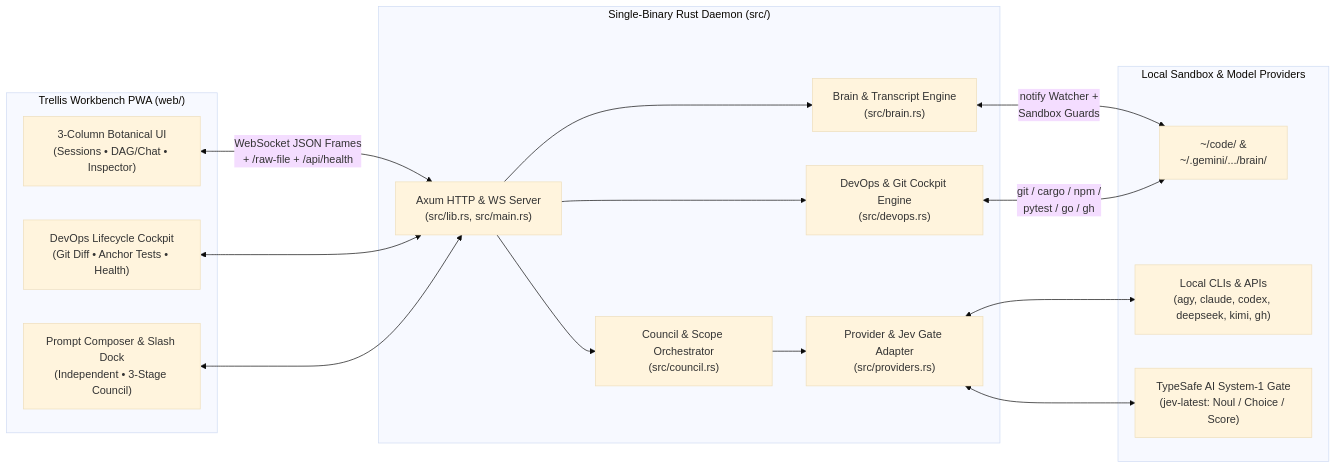
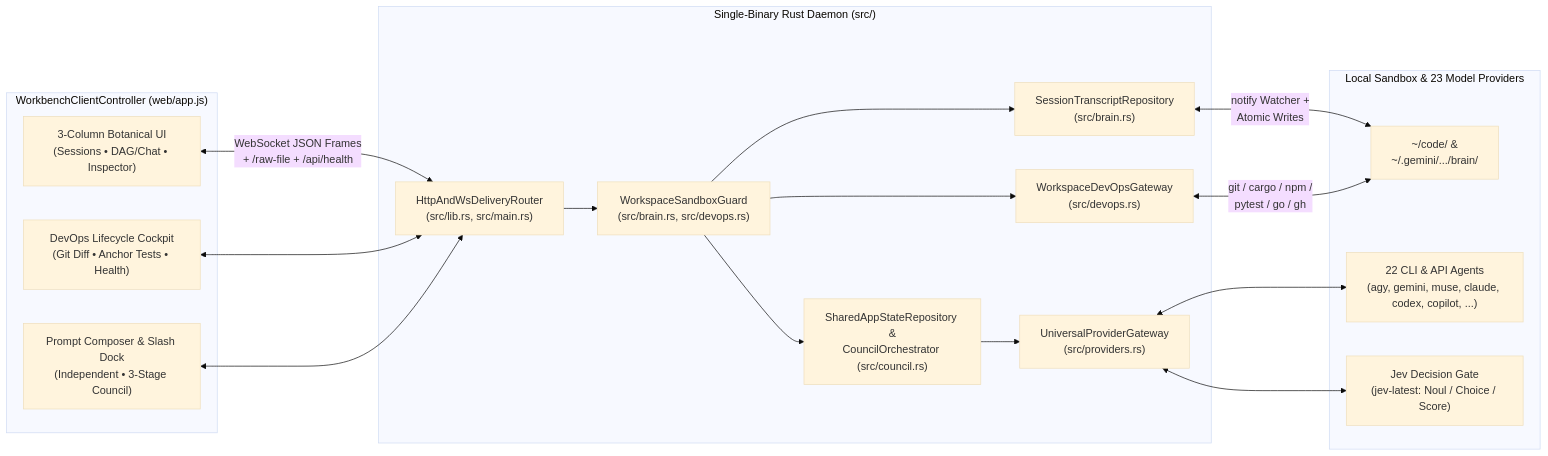
The diagram in README.md (mcmxciillan/trellis-harness), drawn with Mermaid (base theme) before and after one commit. The commit also changed other lines of this file and 13 other files, not shown here.

Commit message:
docs(seed-catalog): add GLOSSARY.md, AGENTS.md, docs/ARCHITECTURE.md & execute semantic renames

````diff
--- a/README.md
+++ b/README.md
@@ -76,34 +78,36 @@
 ```mermaid
 flowchart LR
-    subgraph Browser["Trellis Workbench PWA (web/)"]
+    subgraph Browser["WorkbenchClientController (web/app.js)"]
         UI["3-Column Botanical UI\n(Sessions • DAG/Chat • Inspector)"]
         Cockpit["DevOps Lifecycle Cockpit\n(Git Diff • Anchor Tests • Health)"]
         Composer["Prompt Composer & Slash Dock\n(Independent • 3-Stage Council)"]
     end
 
     subgraph Daemon["Single-Binary Rust Daemon (src/)"]
-        Router["Axum HTTP & WS Server\n(src/lib.rs, src/main.rs)"]
-        Brain["Brain & Transcript Engine\n(src/brain.rs)"]
-        Council["Council & Scope Orchestrator\n(src/council.rs)"]
-        Providers["Provider & Jev Gate Adapter\n(src/providers.rs)"]
-        DevOps["DevOps & Git Cockpit Engine\n(src/devops.rs)"]
+        Router["HttpAndWsDeliveryRouter\n(src/lib.rs, src/main.rs)"]
+        Guard["WorkspaceSandboxGuard\n(src/brain.rs, src/devops.rs)"]
+        Brain["SessionTranscriptRepository\n(src/brain.rs)"]
+        State["SharedAppStateRepository &\nCouncilOrchestrator (src/council.rs)"]
+        Providers["UniversalProviderGateway\n(src/providers.rs)"]
+        DevOps["WorkspaceDevOpsGateway\n(src/devops.rs)"]
     end
 
-    subgraph External["Local Sandbox & Model Providers"]
-        FS["~/code/<project> &\n~/.gemini/.../brain/<session>"]
-        CLIs["Local CLIs & APIs\n(agy, claude, codex, deepseek, kimi, gh)"]
-        Jev["TypeSafe AI System-1 Gate\n(jev-latest: Noul / Choice / Score)"]
+    subgraph External["Local Sandbox & 23 Model Providers"]
+        FS["~/code/<project_id> &\n~/.gemini/.../brain/<session_id>"]
+        CLIs["22 CLI & API Agents\n(agy, gemini, muse, claude, codex, copilot, ...)"]
+        Jev["Jev Decision Gate\n(jev-latest: Noul / Choice / Score)"]
     end
 
     UI <-->|"WebSocket JSON Frames\n+ /raw-file + /api/health"| Router
     Cockpit <--> Router
     Composer <--> Router
-    Router --> Brain
-    Router --> Council
-    Router --> DevOps
-    Brain <-->|"notify Watcher +\nSandbox Guards"| FS
+    Router --> Guard
+    Guard --> Brain
+    Guard --> State
+    Guard --> DevOps
+    Brain <-->|"notify Watcher +\nAtomic Writes"| FS
     DevOps <-->|"git / cargo / npm /\npytest / go / gh"| FS
-    Council --> Providers
+    State --> Providers
     Providers <--> CLIs
     Providers <--> Jev
 ```
````
